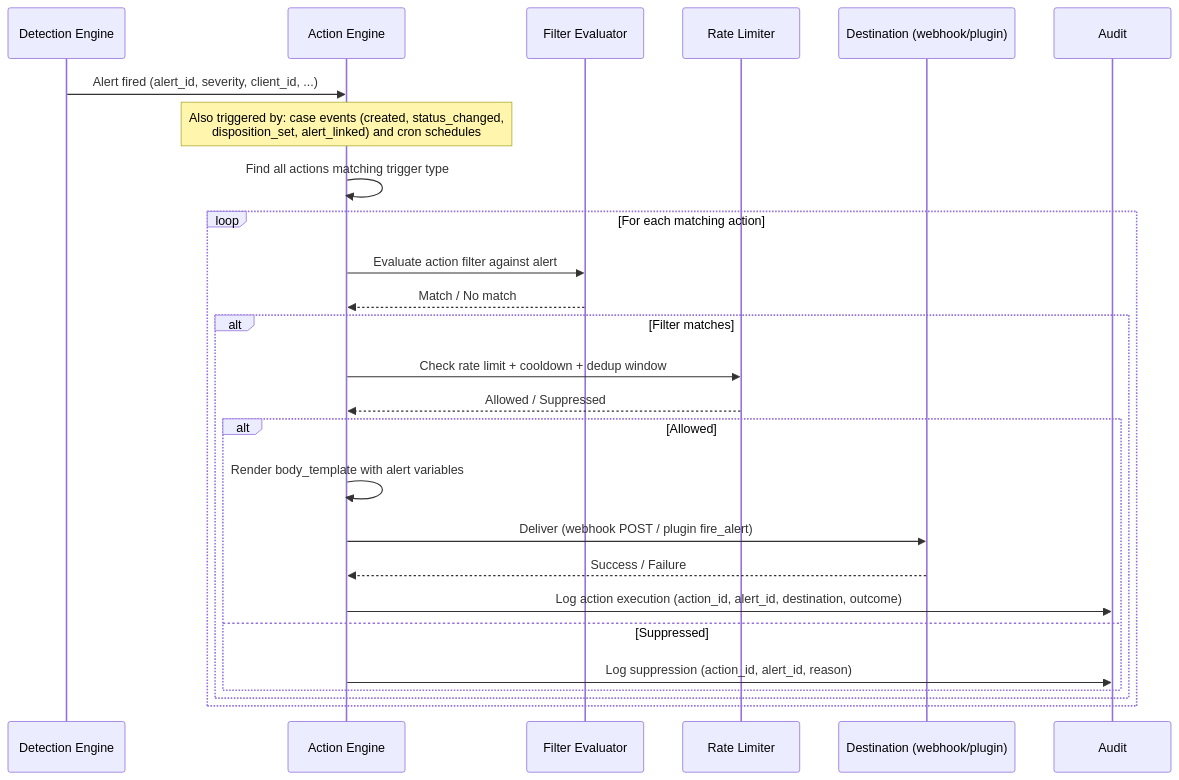
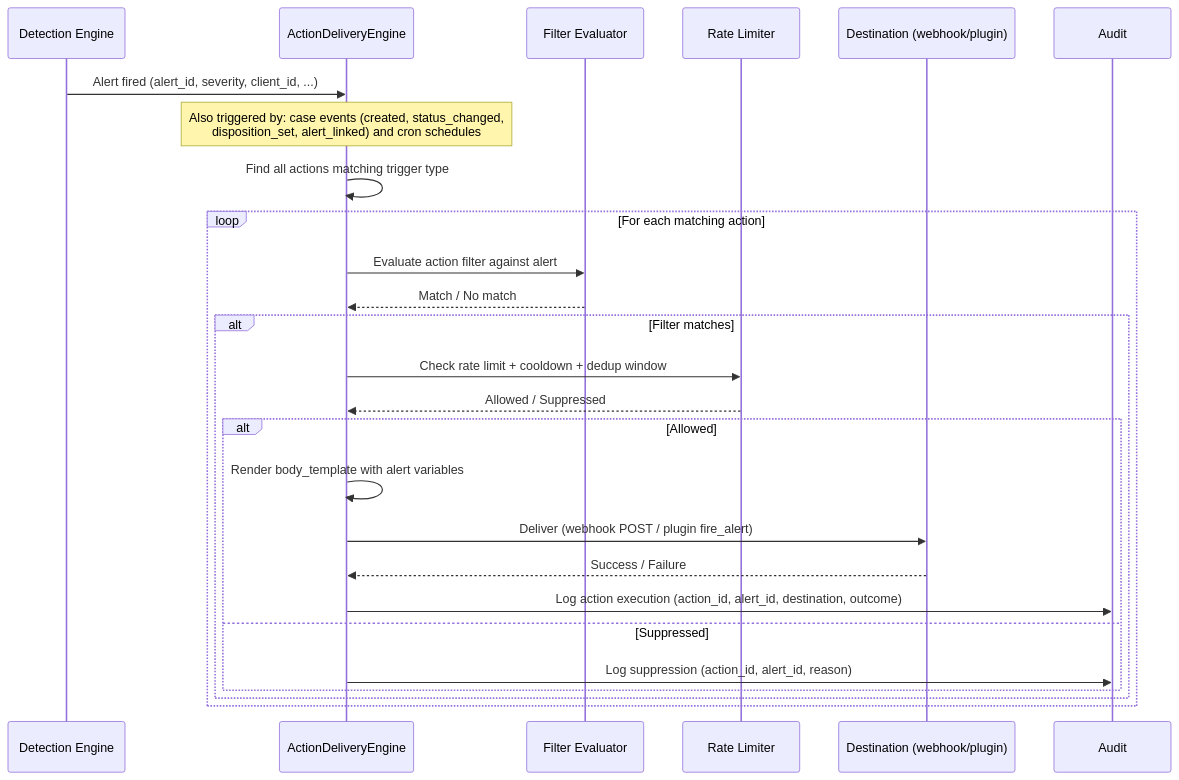
The second of 3 diagrams in specs/architecture/actions.md (drbothen/prism), drawn with Mermaid before and after one commit. The commit also changed other lines of this file and 8 other files, not shown here.

````diff
--- a/specs/architecture/actions.md
+++ b/specs/architecture/actions.md
@@ -395,32 +395,32 @@
 ```mermaid
 sequenceDiagram
     participant DET as Detection Engine
-    participant AE as Action Engine
+    participant AE as ActionDeliveryEngine
     participant FLT as Filter Evaluator
     participant RL as Rate Limiter
     participant DEST as Destination (webhook/plugin)
     participant AUD as Audit
 
     DET->>AE: Alert fired (alert_id, severity, client_id, ...)
     Note over AE: Also triggered by: case events (created, status_changed,<br/>disposition_set, alert_linked) and cron schedules
     AE->>AE: Find all actions matching trigger type
 
     loop For each matching action
         AE->>FLT: Evaluate action filter against alert
         FLT-->>AE: Match / No match
         
         alt Filter matches
             AE->>RL: Check rate limit + cooldown + dedup window
             RL-->>AE: Allowed / Suppressed
             
             alt Allowed
                 AE->>AE: Render body_template with alert variables
                 AE->>DEST: Deliver (webhook POST / plugin fire_alert)
                 DEST-->>AE: Success / Failure
                 AE->>AUD: Log action execution (action_id, alert_id, destination, outcome)
             else Suppressed
                 AE->>AUD: Log suppression (action_id, alert_id, reason)
             end
         end
     end
 ```
````
